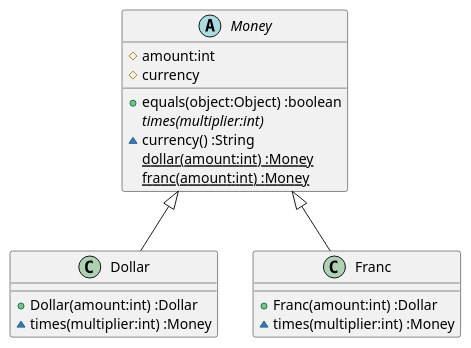
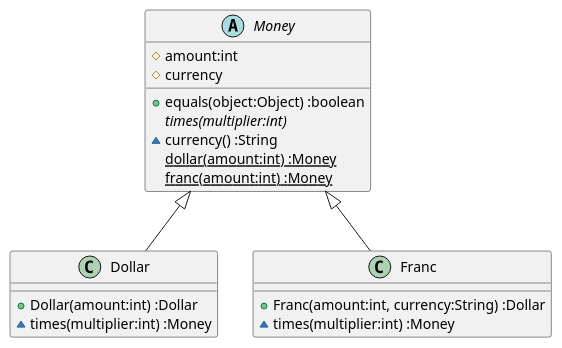
One commit to k2works/etude_for_java changed the diagram in docs/src/TDD.md. Above: the diagram before and after it, drawn with PlantUML. The commit also changed 3 other files, not shown here.

````diff
--- a/docs/src/TDD.md
+++ b/docs/src/TDD.md
@@ -62,21 +62,21 @@
 ```puml
 class Dollar {
   +Dollar(amount:int) :Dollar
   ~times(multiplier:int) :Money
 }
 class Franc {
-  +Franc(amount:int) :Dollar
+  +Franc(amount:int, currency:String) :Dollar
   ~times(multiplier:int) :Money
 }
 abstract Money {
   #amount:int
   #currency  
   +equals(object:Object) :boolean  
   {abstract} times(multiplier:int)
   ~currency() :String
   {static} dollar(amount:int) :Money
   {static} franc(amount:int) :Money  
 }
 Money <|-- Dollar
 Money <|-- Franc
 ```
````
